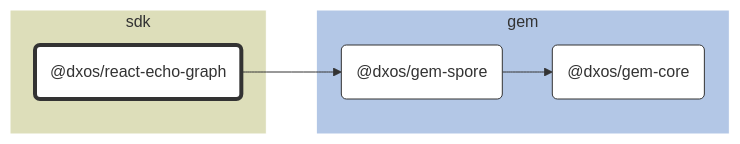
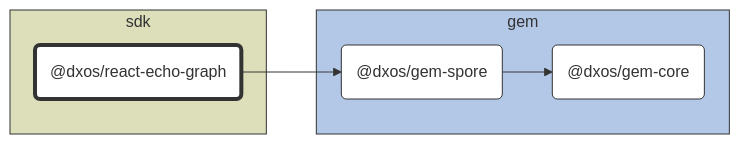
Before and after one commit to dxos/dxos: the diagram in packages/sdk/react-echo-graph/docs/README.md, drawn with Mermaid. The commit also changed 89 other files, not shown here.

````diff
--- a/packages/sdk/react-echo-graph/docs/README.md
+++ b/packages/sdk/react-echo-graph/docs/README.md
@@ -7,30 +7,30 @@
 ```mermaid
 %%{ init: {'flowchart':{'curve':'basis'}} }%%
 
 flowchart LR
 
 %% Classes
 classDef def fill:#fff,stroke:#333,stroke-width:1px
 classDef root fill:#fff,stroke:#333,stroke-width:4px
 
 %% Nodes
 
 subgraph sdk [sdk]
-  style sdk fill:#dddeba,stroke:#fff
+  style sdk fill:#dddeba,stroke:#333
   dxos/react-echo-graph("@dxos/react-echo-graph"):::root
   click dxos/react-echo-graph "dxos/dxos/tree/main/packages/sdk/react-echo-graph/docs"
 end
 
 subgraph gem [gem]
-  style gem fill:#b3c7e6,stroke:#fff
+  style gem fill:#b3c7e6,stroke:#333
   dxos/gem-core("@dxos/gem-core"):::def
   click dxos/gem-core "dxos/dxos/tree/main/packages/gem/gem-core/docs"
   dxos/gem-spore("@dxos/gem-spore"):::def
   click dxos/gem-spore "dxos/dxos/tree/main/packages/gem/gem-spore/docs"
 end
 
 %% Links
 linkStyle default stroke:#333,stroke-width:1px
 dxos/react-echo-graph --> dxos/gem-spore
 dxos/gem-spore --> dxos/gem-core
 ```
````
